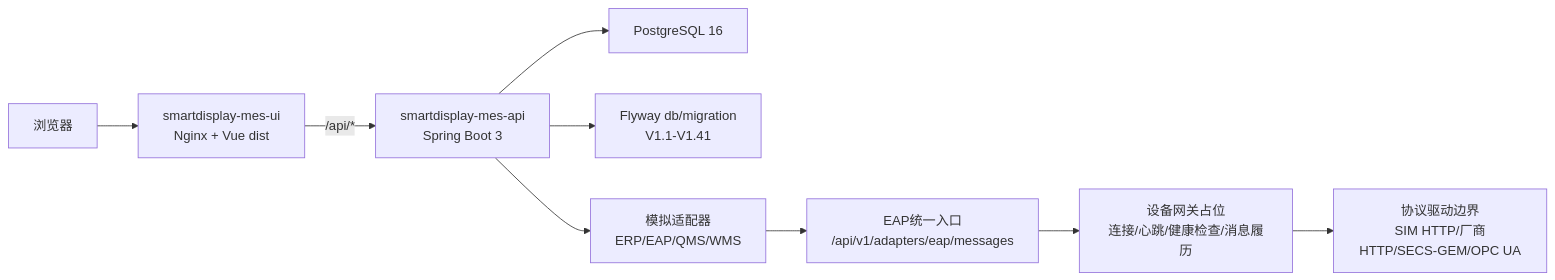
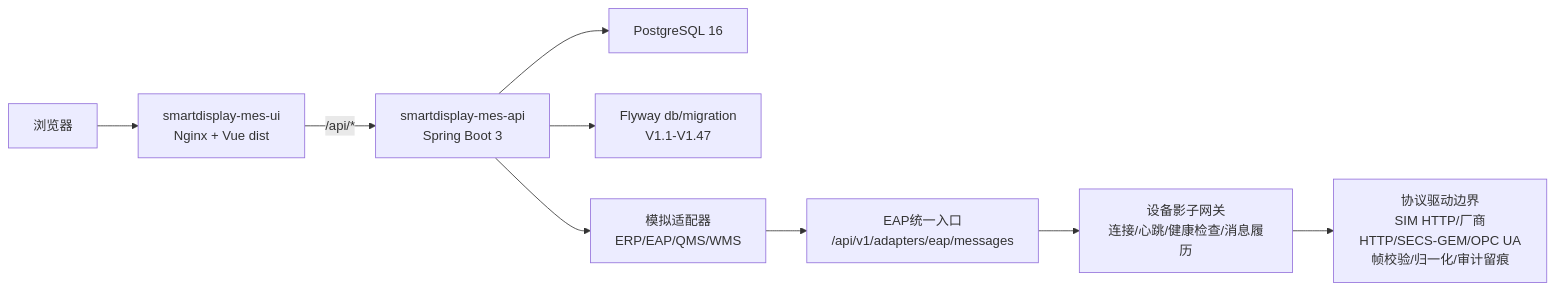
Before and after one commit to FanWenHuiChina/smartdisplay-mes: the second of 3 diagrams in docs/SmartDisplay-MES流程图与ER图.md, drawn with Mermaid. The commit also changed 12 other files, not shown here.

````diff
--- a/docs/SmartDisplay-MES流程图与ER图.md
+++ b/docs/SmartDisplay-MES流程图与ER图.md
@@ -43,11 +43,11 @@
 ```mermaid
 flowchart LR
     U["浏览器"] --> FE["smartdisplay-mes-ui<br/>Nginx + Vue dist"]
     FE -- "/api/*" --> API["smartdisplay-mes-api<br/>Spring Boot 3"]
     API --> PG["PostgreSQL 16"]
-    API --> FW["Flyway db/migration<br/>V1.1-V1.41"]
+    API --> FW["Flyway db/migration<br/>V1.1-V1.47"]
     API --> ADP["模拟适配器<br/>ERP/EAP/QMS/WMS"]
     ADP --> EAP["EAP统一入口<br/>/api/v1/adapters/eap/messages"]
-    EAP --> GW["设备网关占位<br/>连接/心跳/健康检查/消息履历"]
-    GW --> DRV["协议驱动边界<br/>SIM HTTP/厂商HTTP/SECS-GEM/OPC UA"]
+    EAP --> GW["设备影子网关<br/>连接/心跳/健康检查/消息履历"]
+    GW --> DRV["协议驱动边界<br/>SIM HTTP/厂商HTTP/SECS-GEM/OPC UA<br/>帧校验/归一化/审计留痕"]
 ```
````
